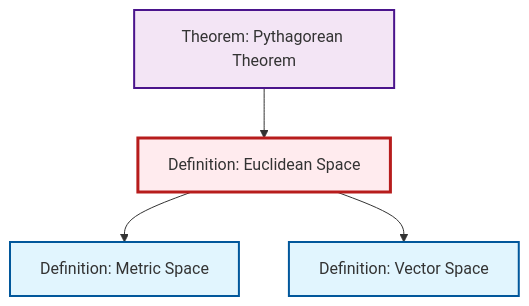
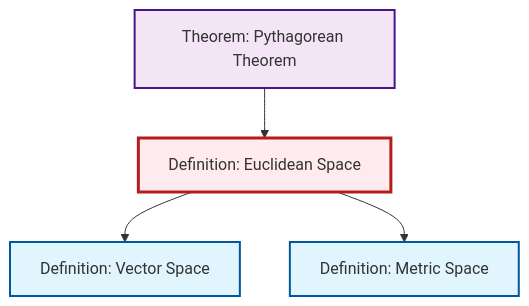
One commit to RK0429/ModernMath changed the second of 2 diagrams in content/en/geometry/def-euclidean-space.qmd. Above: the diagram before and after it, drawn with Mermaid. The commit also changed other lines of this file and 417 other files, not shown here.

````diff
--- a/content/en/geometry/def-euclidean-space.qmd
+++ b/content/en/geometry/def-euclidean-space.qmd
@@ -67,20 +67,20 @@
 ```{mermaid}
 %%| fig-cap: "Local dependency graph"
 graph TD
     classDef definition fill:#e1f5fe,stroke:#01579b,stroke-width:2px
     classDef theorem fill:#f3e5f5,stroke:#4a148c,stroke-width:2px
     classDef axiom fill:#fff3e0,stroke:#e65100,stroke-width:2px
     classDef example fill:#e8f5e9,stroke:#1b5e20,stroke-width:2px
     classDef current fill:#ffebee,stroke:#b71c1c,stroke-width:3px
+    def-vector-space["Definition: Vector Space"]:::definition
     def-euclidean-space["Definition: Euclidean Space"]:::definition
     thm-pythagorean["Theorem: Pythagorean Theorem"]:::theorem
-    def-vector-space["Definition: Vector Space"]:::definition
     def-metric-space["Definition: Metric Space"]:::definition
+    def-euclidean-space --> def-vector-space
     def-euclidean-space --> def-metric-space
-    def-euclidean-space --> def-vector-space
     thm-pythagorean --> def-euclidean-space
     class def-euclidean-space current
+    click def-vector-space "def-vector-space.html" "Go to Vector Space definition"
     click thm-pythagorean "thm-pythagorean.html" "Go to Pythagorean Theorem theorem"
-    click def-vector-space "def-vector-space.html" "Go to Vector Space definition"
     click def-metric-space "def-metric-space.html" "Go to Metric Space definition"
 ```
````
